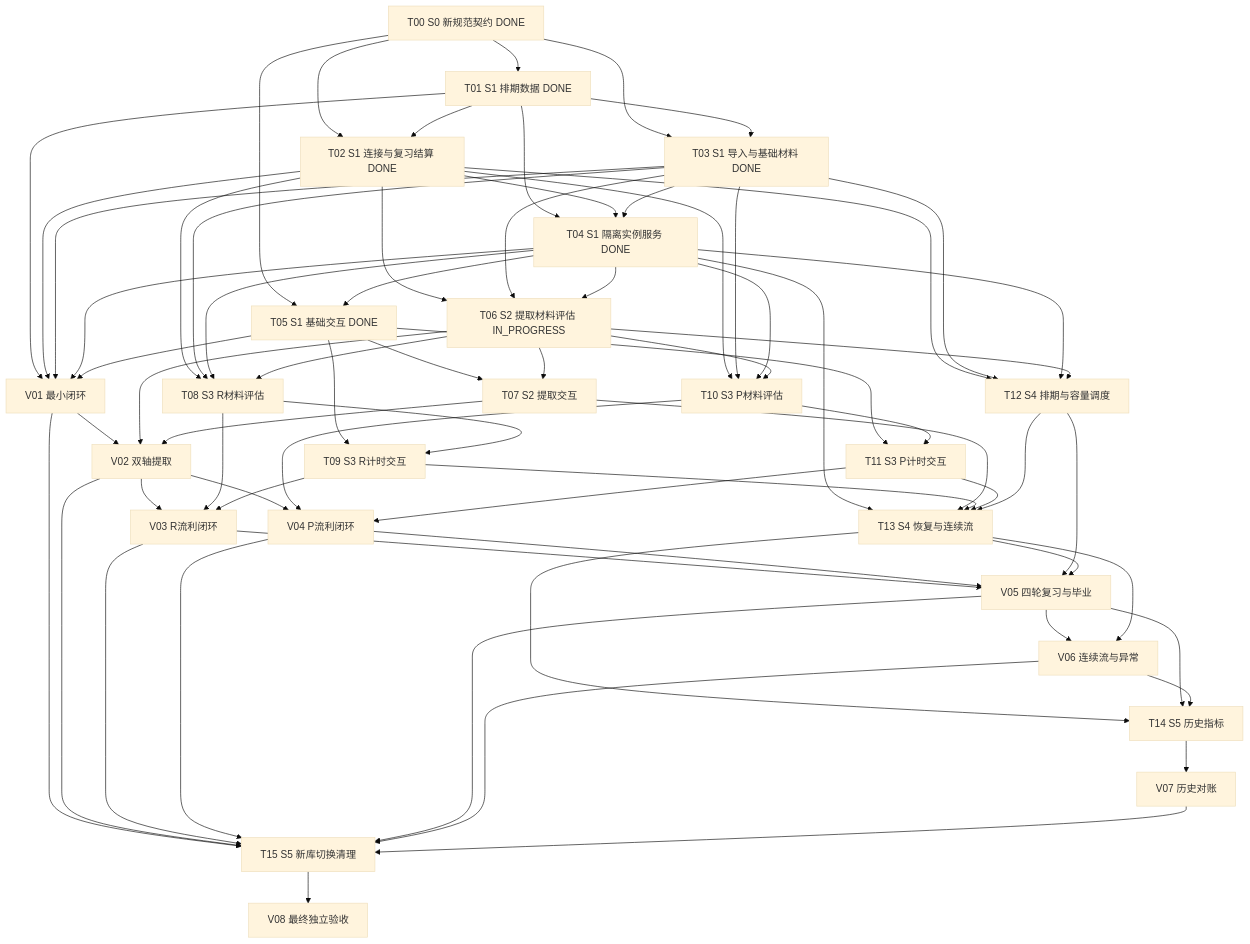
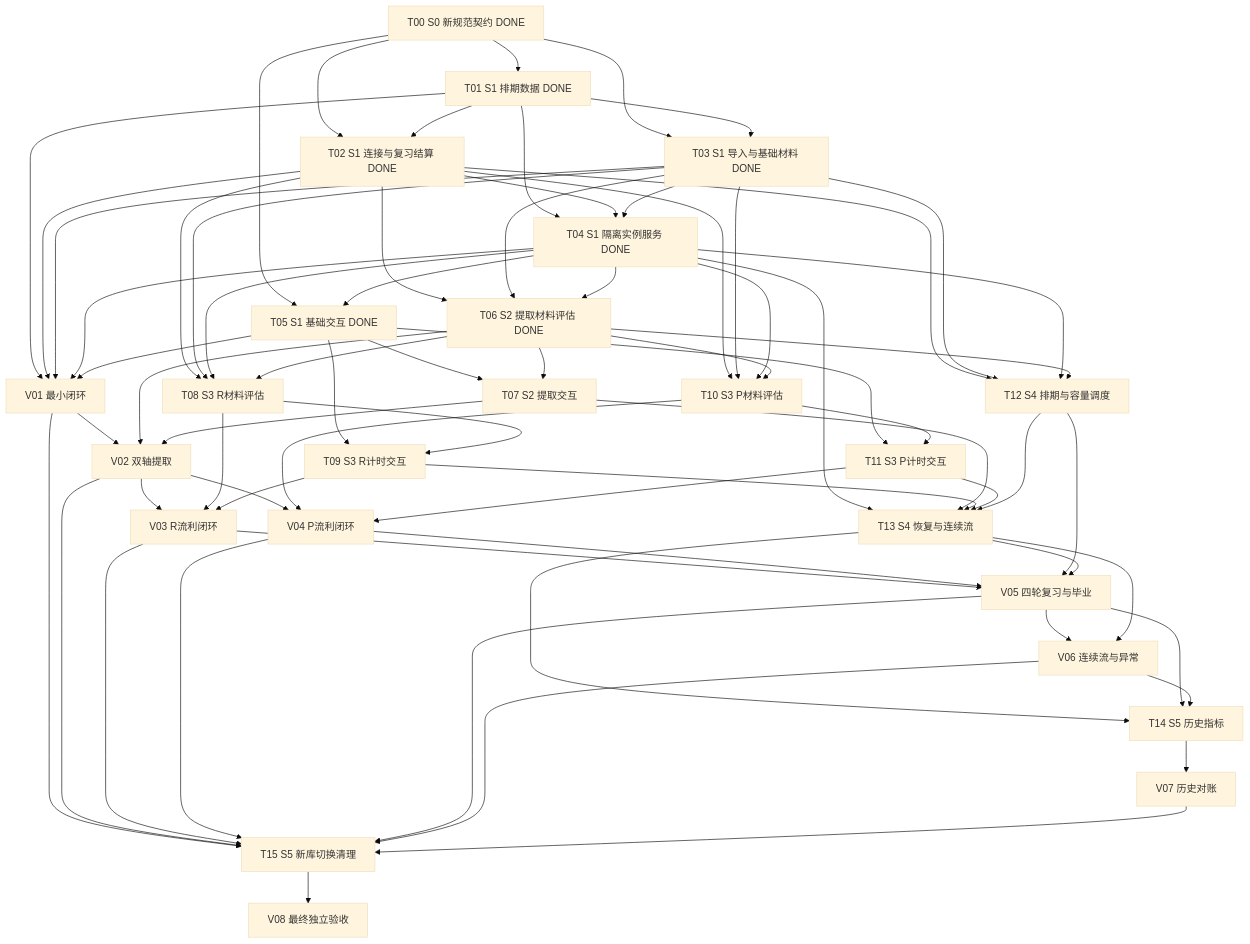
The diagram in docs/task-implementation-new-algorithm.md (logact/flow), drawn with Mermaid (base theme) before and after one commit. The commit also changed other lines of this file and 4 other files, not shown here.

```diff
--- a/docs/task-implementation-new-algorithm.md
+++ b/docs/task-implementation-new-algorithm.md
@@ -338,7 +338,7 @@
   T04["T04 S1 隔离实例服务 DONE"]
   T05["T05 S1 基础交互 DONE"]
   V01["V01 最小闭环"]
-  T06["T06 S2 提取材料评估 IN_PROGRESS"]
+  T06["T06 S2 提取材料评估 DONE"]
   T07["T07 S2 提取交互"]
   V02["V02 双轴提取"]
   T08["T08 S3 R材料评估"]
```
